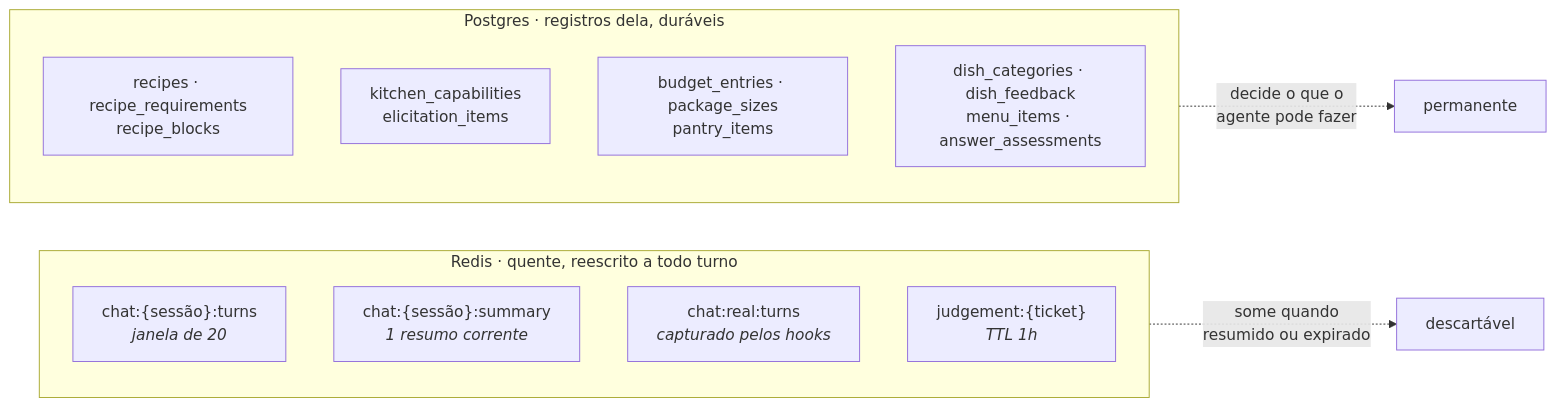
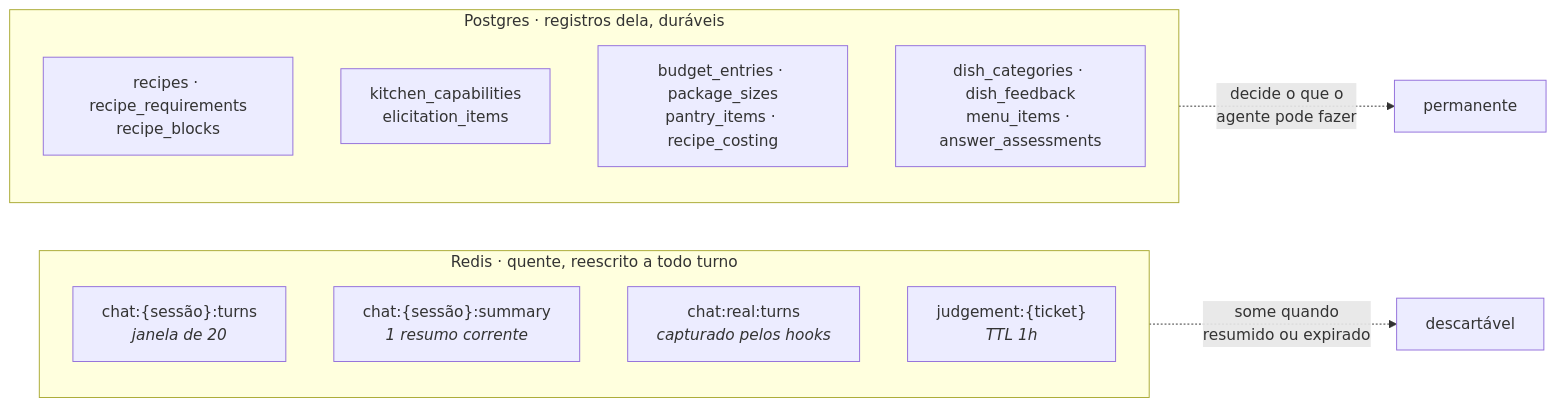
The first of 5 diagrams in docs/modelo-de-dados.md (lrdsouza/jacquinho), drawn with Mermaid before and after one commit. The commit also changed other lines of this file and 15 other files, not shown here.

````diff
--- a/docs/modelo-de-dados.md
+++ b/docs/modelo-de-dados.md
@@ -6,17 +6,17 @@
 ```mermaid
 flowchart LR
     subgraph R["Redis · quente, reescrito a todo turno"]
         r1["chat:{sessão}:turns<br/><i>janela de 20</i>"]
         r2["chat:{sessão}:summary<br/><i>1 resumo corrente</i>"]
         r4["chat:real:turns<br/><i>capturado pelos hooks</i>"]
         r3["judgement:{ticket}<br/><i>TTL 1h</i>"]
     end
     subgraph P["Postgres · registros dela, duráveis"]
         p1["recipes · recipe_requirements<br/>recipe_blocks"]
         p2["kitchen_capabilities<br/>elicitation_items"]
-        p3["budget_entries · package_sizes<br/>pantry_items"]
+        p3["budget_entries · package_sizes<br/>pantry_items · recipe_costing"]
         p4["dish_categories · dish_feedback<br/>menu_items · answer_assessments"]
     end
     R -.->|"some quando<br/>resumido ou expirado"| X["descartável"]
     P -.->|"decide o que o<br/>agente pode fazer"| Y["permanente"]
 ```
````
